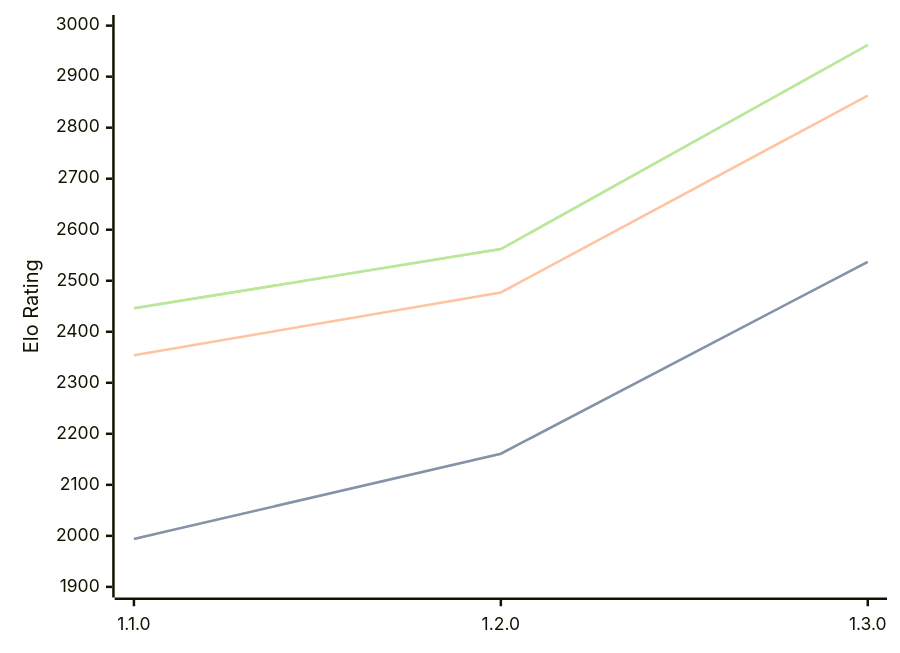
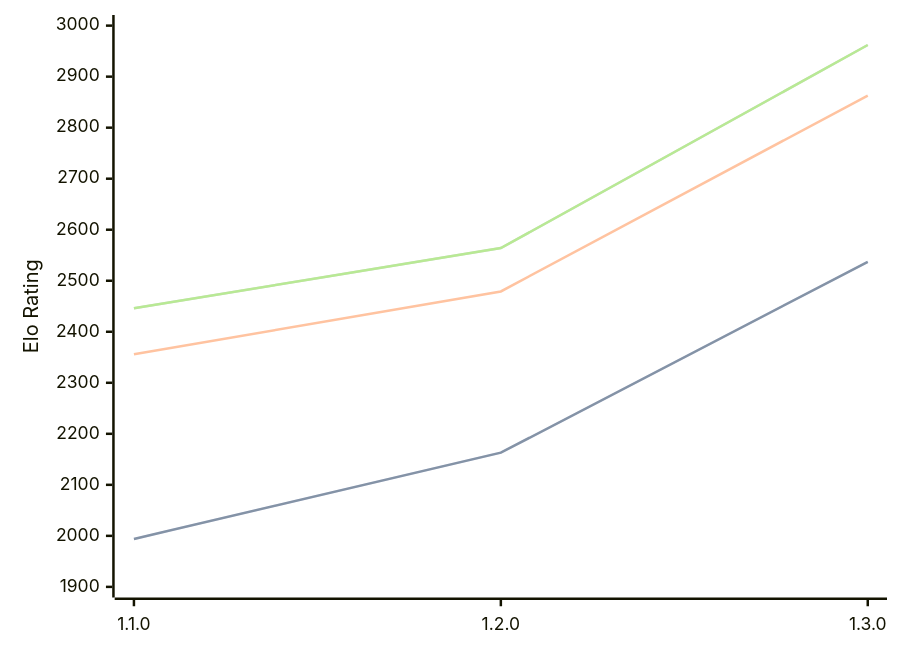
One commit to computer-chess-index/cci changed the diagram in engines/Gyatso.md. Above: the diagram before and after it, drawn with Mermaid. The commit also changed other lines of this file, not shown here.

Commit message:
Update CCI Ratings (ELO VLTC) - 2026-04-25

````diff
--- a/engines/Gyatso.md
+++ b/engines/Gyatso.md
@@ -34,11 +34,11 @@
 ```mermaid
 %%{init: {"theme":"base","themeVariables":{"seriesColors:['#a3a3a3','#222221','#faa371']}}}%%
 xychart-beta
   x-axis ["1.1.0", "1.2.0", "1.3.0"]
   y-axis "Elo Rating" 1900 --> 3000
-  line "STC (8.0+0.08s)" [1994, 2161, 2537]
-  line "STC (8.0+0.08s)" [1994, 2161, 2537]
-  line "LTC (60.0+0.60s)" [2354, 2477, 2863]
-  line "VLTC (2m24s+1.12s)" [2446, 2562, 2962]
-  line "VLTC (2m24s+1.12s)" [2446, 2562, 2962]
+  line "STC (8.0+0.08s)" [1994, 2163, 2537]
+  line "STC (8.0+0.08s)" [1994, 2163, 2537]
+  line "LTC (60.0+0.60s)" [2356, 2479, 2863]
+  line "VLTC (2m24s+1.12s)" [2446, 2564, 2962]
+  line "VLTC (2m24s+1.12s)" [2446, 2564, 2962]
 ```
````
